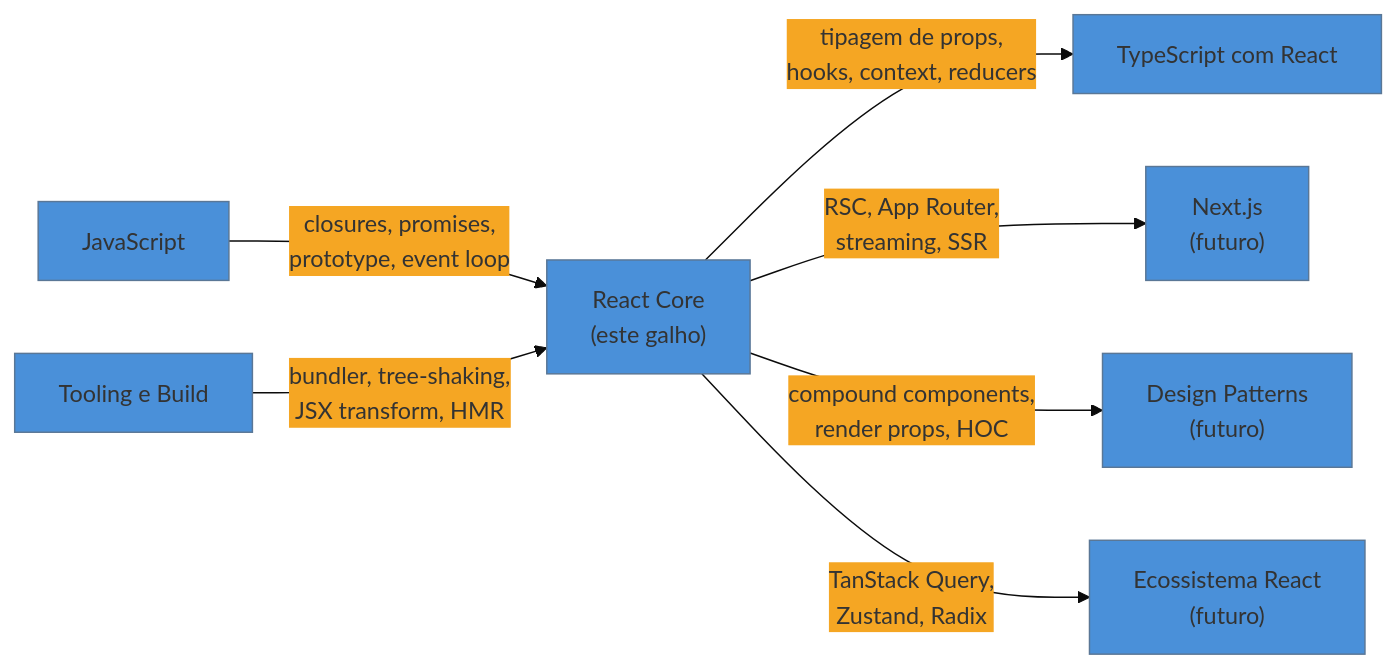
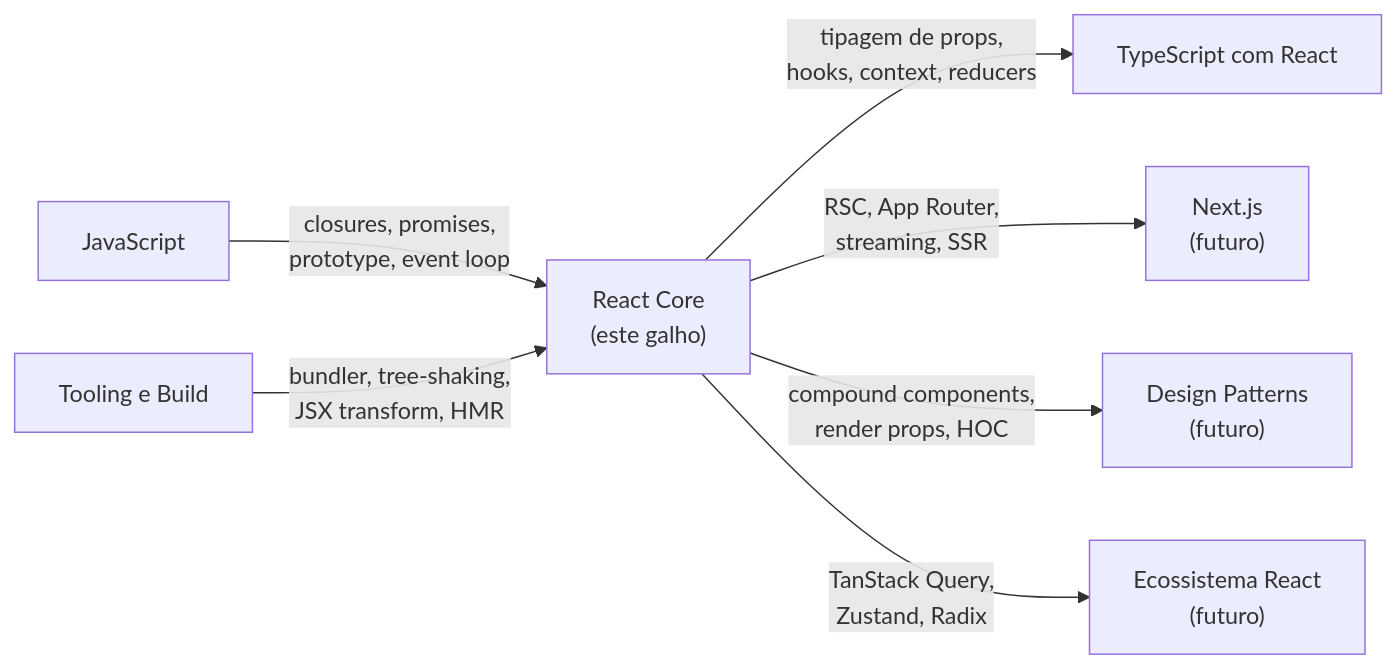
Before and after one commit to josenaldo/codex-technomanticus: the third of 3 diagrams in 03-Dominios/Tecnologia/React/React core/26 - Capstone - React na prática e em entrevista.md, drawn with Mermaid. The commit also changed other lines of this file and 1181 other files, not shown here.

First line of the commit message:
fix(diagramas): paleta do sistema no lugar de cor cravada no markdown

````diff
--- a/03-Dominios/Tecnologia/React/React core/26 - Capstone - React na prática e em entrevista.md
+++ b/03-Dominios/Tecnologia/React/React core/26 - Capstone - React na prática e em entrevista.md
@@ -448,19 +446,18 @@
 ```mermaid
-%%{init: {"theme": "base", "themeVariables": {"primaryColor": "#4A90D9", "secondaryColor": "#F5A623", "tertiaryColor": "#E8E8E8"}}}%%
 graph LR
     RC["React Core\n(este galho)"]
 
     TS["TypeScript com React"]
     JS["JavaScript"]
     TB["Tooling e Build"]
     NX["Next.js\n(futuro)"]
     DP["Design Patterns\n(futuro)"]
     ECO["Ecossistema React\n(futuro)"]
 
     JS -->|"closures, promises,\nprototype, event loop"| RC
     TB -->|"bundler, tree-shaking,\nJSX transform, HMR"| RC
     RC -->|"tipagem de props,\nhooks, context, reducers"| TS
     RC -->|"RSC, App Router,\nstreaming, SSR"| NX
     RC -->|"compound components,\nrender props, HOC"| DP
     RC -->|"TanStack Query,\nZustand, Radix"| ECO
 ```
````
